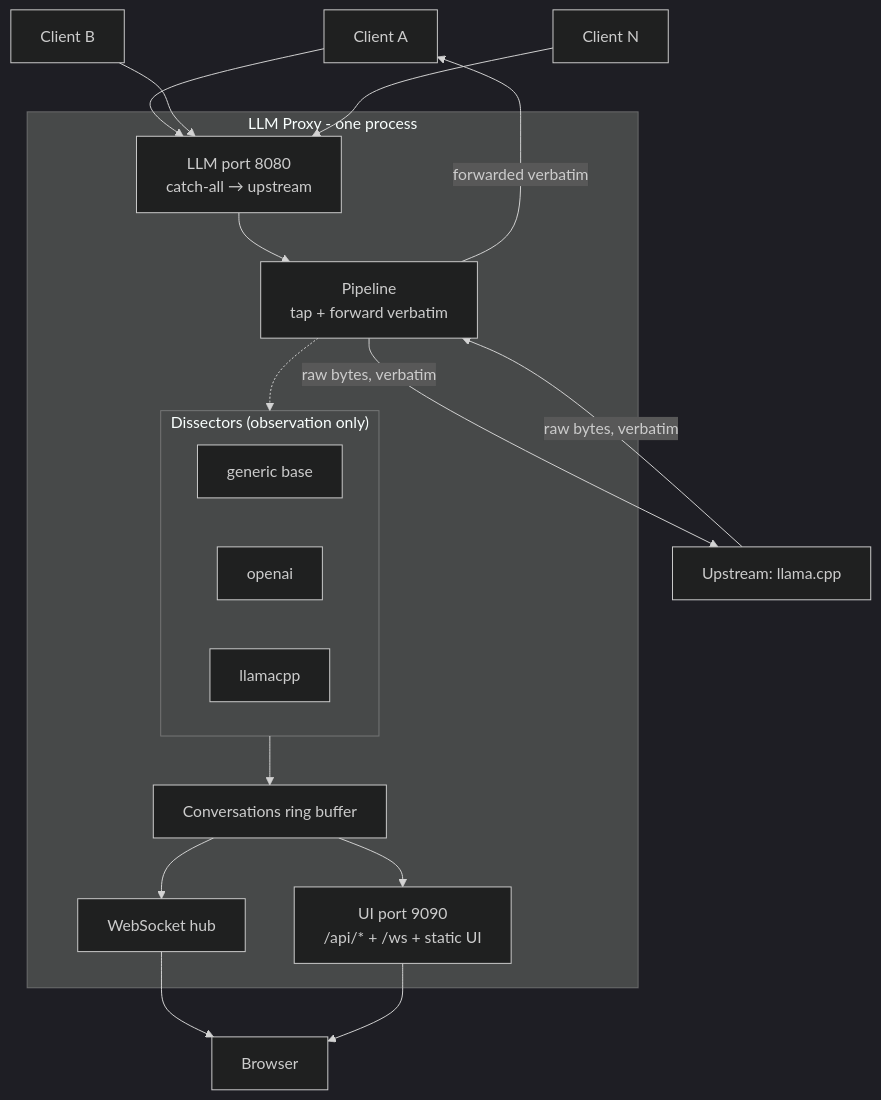
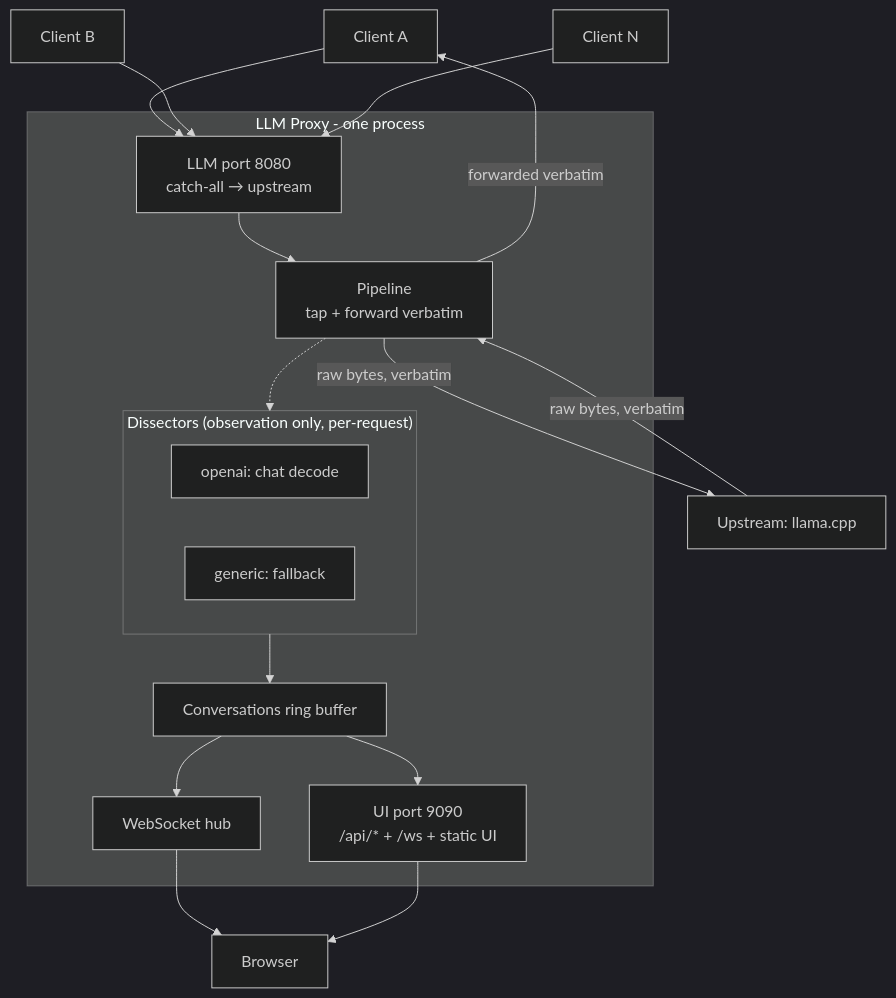
One commit to mill1000/llm-mitm-proxy changed the first of 2 diagrams in PLAN.md. Above: the diagram before and after it, drawn with Mermaid (dark theme). The commit also changed other lines of this file and 35 other files, not shown here.

````diff
--- a/PLAN.md
+++ b/PLAN.md
@@ -51,36 +51,35 @@
 ```mermaid
 flowchart TB
     C1[Client A]
     C2[Client B]
     Cn[Client N]
 
     subgraph Proxy["LLM Proxy - one process"]
         LLM["LLM port 8080<br/>catch-all → upstream"]
         PIPE["Pipeline<br/>tap + forward verbatim"]
-        subgraph DIS["Dissectors (observation only)"]
-            D1[generic base]
-            D2[openai]
-            D3[llamacpp]
+        subgraph DIS["Dissectors (observation only, per-request)"]
+            D1["openai: chat decode"]
+            D2["generic: fallback"]
         end
         STORE[Conversations ring buffer]
         HUB[WebSocket hub]
         UIR["UI port 9090<br/>/api/* + /ws + static UI"]
     end
 
     UP[Upstream: llama.cpp]
     B[Browser]
 
     C1 --> LLM
     C2 --> LLM
     Cn --> LLM
     LLM --> PIPE
     PIPE -->|raw bytes, verbatim| UP
     UP -->|raw bytes, verbatim| PIPE
     PIPE -->|forwarded verbatim| C1
     PIPE -.-> DIS
     DIS --> STORE
     STORE --> UIR
     STORE --> HUB
     HUB --> B
     UIR --> B
 ```
````
